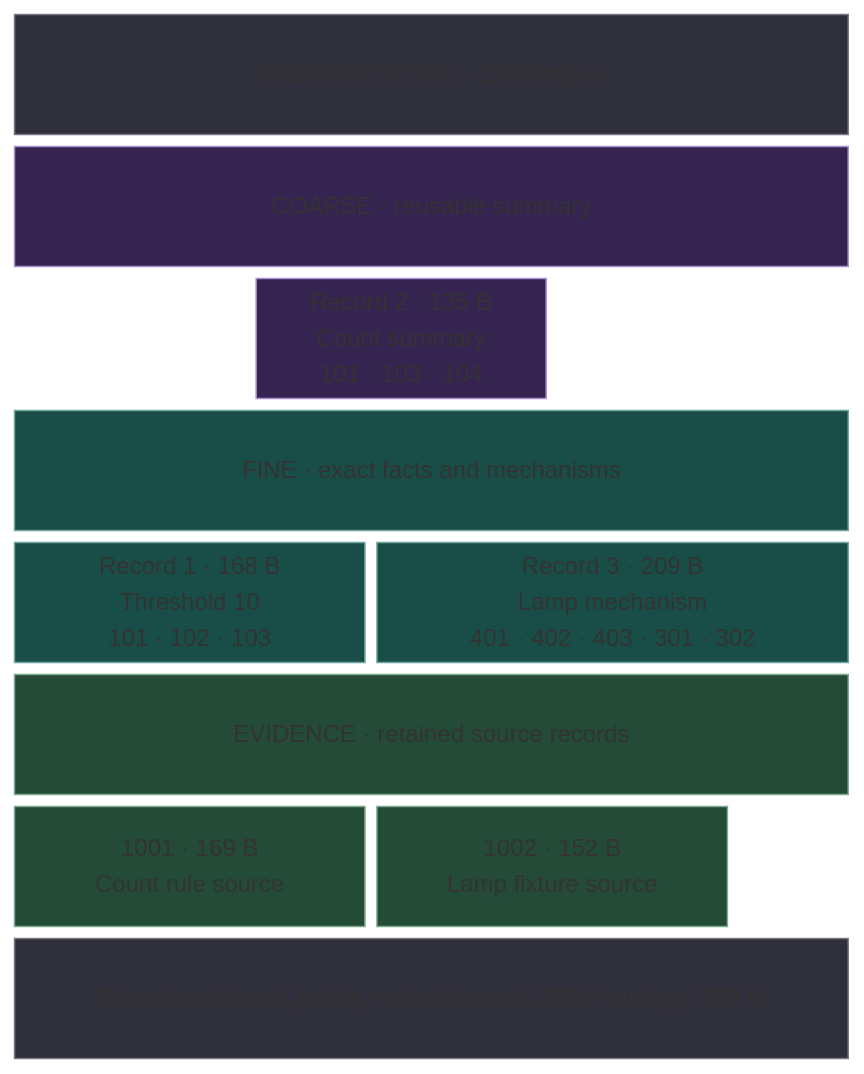
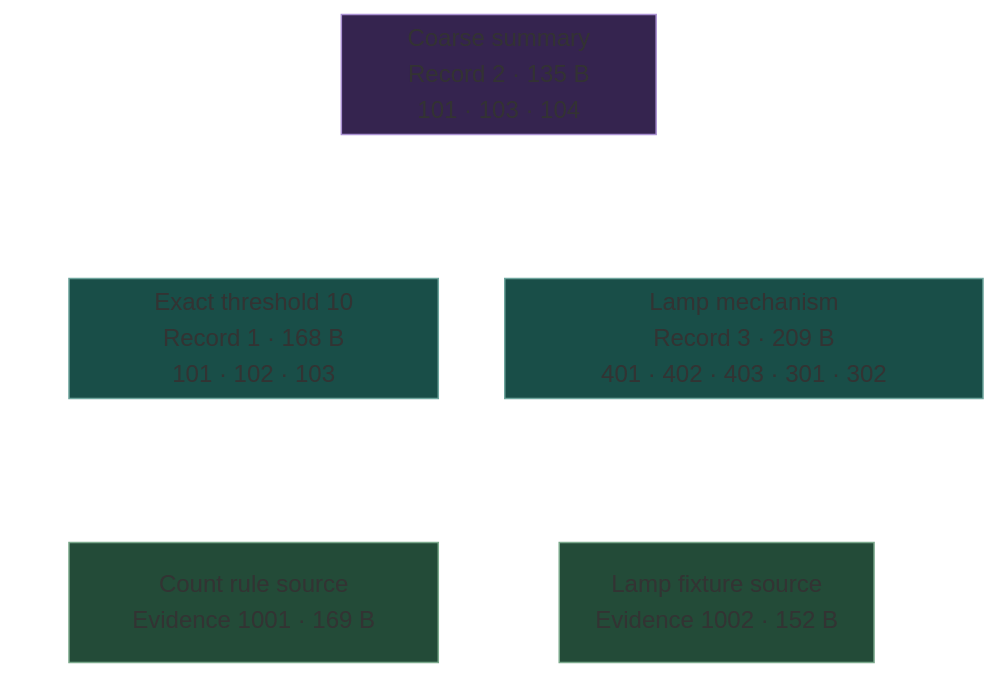
Before and after one commit to Kian-hdr/lore-demo: the eighth of 9 diagrams in README.md, drawn with Mermaid. The commit also changed other lines of this file and 1 other file, not shown here.

Commit message:
Separate the memory cards into three spaced layers

````diff
--- a/README.md
+++ b/README.md
@@ -227,22 +227,16 @@
 ```mermaid
 block-beta
-    columns 14
-    store["MEMORY STORE · 1,365 bytes"]:14
-    coarse["COARSE · reusable summary"]:14
-    space:4 summary["Record 2 · 135 B<br/>Count summary<br/>101 · 103 · 104"]:5 space:5
-    fine["FINE · exact facts and mechanisms"]:14
-    count["Record 1 · 168 B<br/>Threshold 10<br/>101 · 102 · 103"]:6 lamp["Record 3 · 209 B<br/>Lamp mechanism<br/>401 · 402 · 403 · 301 · 302"]:8
-    evidence["EVIDENCE · retained source records"]:14
-    countsource["1001 · 169 B<br/>Count rule source"]:6 lampsource["1002 · 152 B<br/>Lamp fixture source"]:6 space:2
-    overhead["Shared codebook, labels, metadata and JSON framing · 532 B"]:14
-    style store fill:#30303c,stroke:#777786,color:#ffffff;
-    style coarse fill:#35244f,stroke:#aa91d2,color:#ffffff;
+    columns 18
+    space:6 summary["Coarse summary<br/>Record 2 · 135 B<br/>101 · 103 · 104"]:6 space:6
+    gap1[" "]:18
+    space:1 count["Exact threshold 10<br/>Record 1 · 168 B<br/>101 · 102 · 103"]:7 space:1 lamp["Lamp mechanism<br/>Record 3 · 209 B<br/>401 · 402 · 403 · 301 · 302"]:9
+    gap2[" "]:18
+    space:1 countsource["Count rule source<br/>Evidence 1001 · 169 B"]:7 space:2 lampsource["Lamp fixture source<br/>Evidence 1002 · 152 B"]:6 space:2
     style summary fill:#35244f,stroke:#aa91d2,color:#ffffff;
-    style fine fill:#194e48,stroke:#6ea59d,color:#ffffff;
     style count fill:#194e48,stroke:#6ea59d,color:#ffffff;
     style lamp fill:#194e48,stroke:#6ea59d,color:#ffffff;
-    style evidence fill:#234b38,stroke:#7ba98c,color:#ffffff;
     style countsource fill:#234b38,stroke:#7ba98c,color:#ffffff;
     style lampsource fill:#234b38,stroke:#7ba98c,color:#ffffff;
-    style overhead fill:#30303c,stroke:#777786,color:#ffffff;
+    style gap1 fill:none,stroke:none,opacity:0;
+    style gap2 fill:none,stroke:none,opacity:0;
 ```
````
